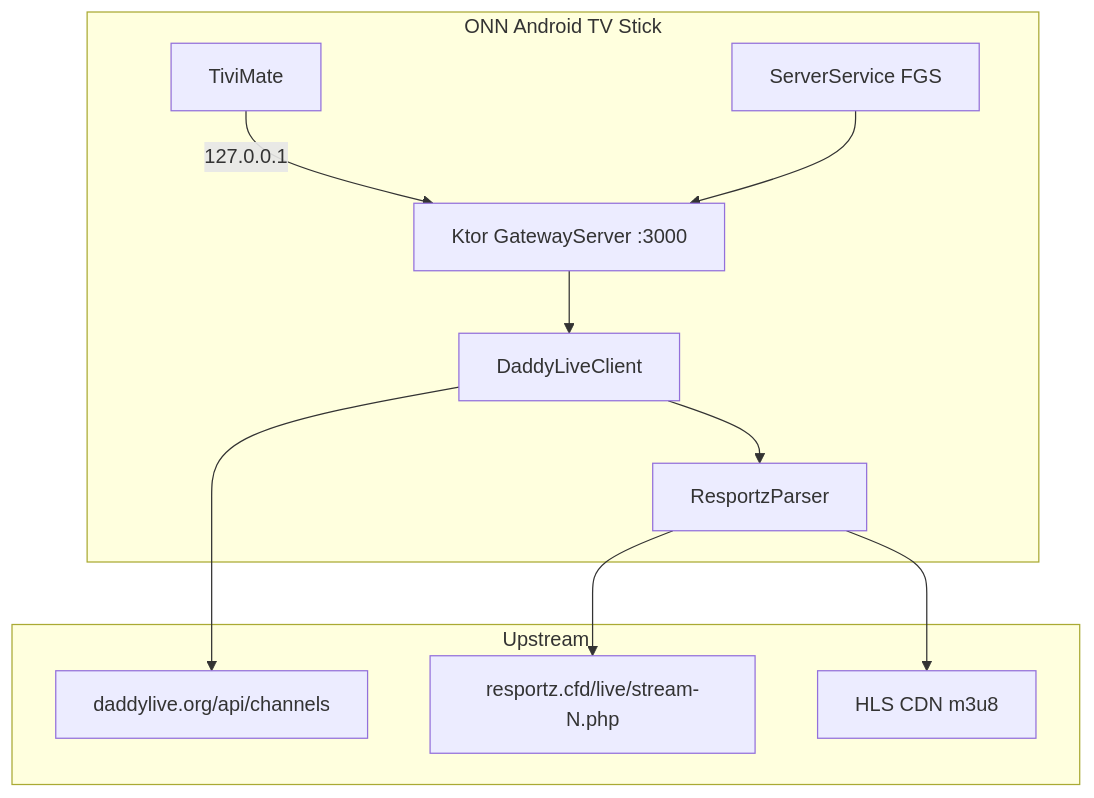
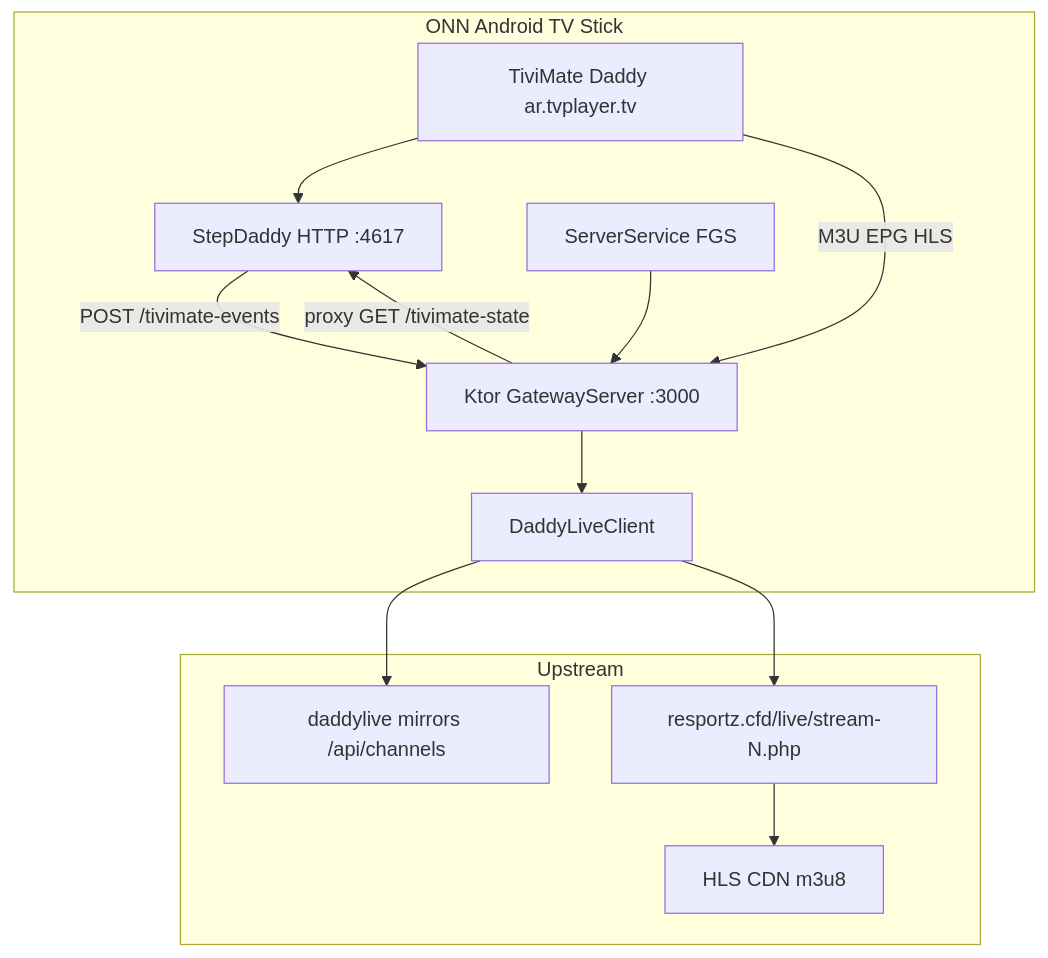
The diagram in ARCHITECTURE.md (thothassistantai-web/stepdaddy-gateway-android), drawn with Mermaid before and after one commit. The commit also changed other lines of this file and 62 other files, not shown here.

First line of the commit message:
Release StepDaddy 2.0.0 — unified suite versioning

````diff
--- a/ARCHITECTURE.md
+++ b/ARCHITECTURE.md
@@ -29,22 +19,24 @@
 ```mermaid
 flowchart TB
     subgraph device [ONN Android TV Stick]
-        TiviMate[TiviMate]
+        TM[TiviMate Daddy ar.tvplayer.tv]
+        PatchHTTP[StepDaddy HTTP :4617]
         FGS[ServerService FGS]
         Ktor[Ktor GatewayServer :3000]
         DLC[DaddyLiveClient]
-        RP[ResportzParser]
-        TiviMate -->|127.0.0.1| Ktor
+        TM --> PatchHTTP
+        TM -->|M3U EPG HLS| Ktor
+        PatchHTTP -->|POST /tivimate-events| Ktor
+        Ktor -->|proxy GET /tivimate-state| PatchHTTP
         FGS --> Ktor
         Ktor --> DLC
-        DLC --> RP
     end
     subgraph upstream [Upstream]
-        API[daddylive.org/api/channels]
+        API[daddylive mirrors /api/channels]
         RZ[resportz.cfd/live/stream-N.php]
         CDN[HLS CDN m3u8]
     end
     DLC --> API
-    RP --> RZ
-    RP --> CDN
+    DLC --> RZ
+    RZ --> CDN
 ```
````
